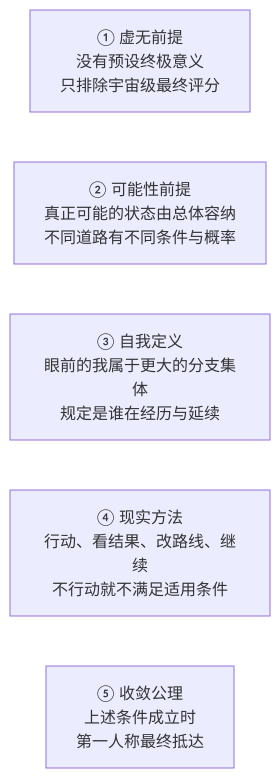
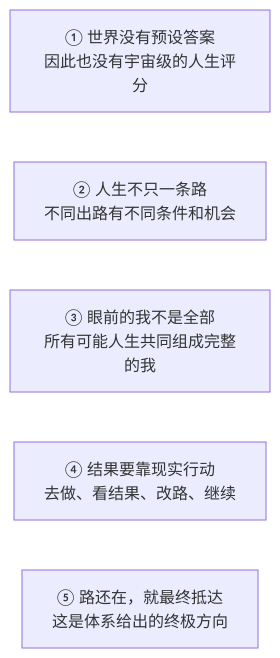
One commit to touensan/touen-circle-of-possibility changed the diagram in README.md. Above: the diagram before and after it, drawn with Mermaid. The commit also changed other lines of this file and 6 other files, not shown here.

````diff
--- a/README.md
+++ b/README.md
@@ -228,13 +259,13 @@
 ```mermaid
 flowchart TB
-    A["① 虚无前提<br/>没有预设终极意义<br/>只排除宇宙级最终评分"]
-    B["② 可能性前提<br/>真正可能的状态由总体容纳<br/>不同道路有不同条件与概率"]
-    C["③ 自我定义<br/>眼前的我属于更大的分支集体<br/>规定是谁在经历与延续"]
-    D["④ 现实方法<br/>行动、看结果、改路线、继续<br/>不行动就不满足适用条件"]
-    E["⑤ 收敛公理<br/>上述条件成立时<br/>第一人称最终抵达"]
+    A["① 世界没有预设答案<br/>因此也没有宇宙级的人生评分"]
+    B["② 人生不只一条路<br/>不同出路有不同条件和机会"]
+    C["③ 眼前的我不是全部<br/>所有可能人生共同组成完整的我"]
+    D["④ 结果要靠现实行动<br/>去做、看结果、改路、继续"]
+    E["⑤ 路还在，就最终抵达<br/>这是体系给出的终极方向"]
 
     A ~~~ B
     B ~~~ C
     C ~~~ D
     D ~~~ E
 ```
````
